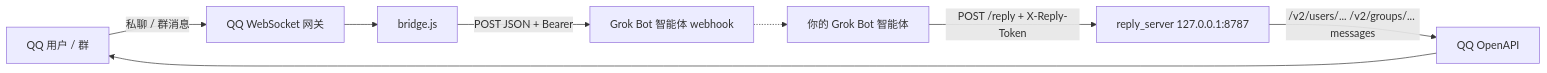
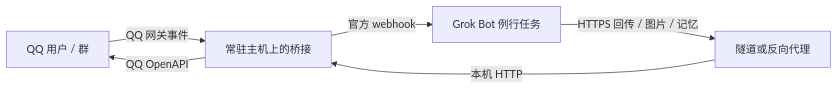
Before and after one commit to XiaoMa3413/qq-grokbot-bridge: the diagram in README.md, drawn with Mermaid. The commit also changed other lines of this file and 6 other files, not shown here.

````diff
--- a/README.md
+++ b/README.md
@@ -10,10 +28,8 @@
 ```mermaid
 flowchart LR
-  QQ[QQ 用户 / 群] -->|私聊 / 群消息| GW[QQ WebSocket 网关]
-  GW --> B[bridge.js]
-  B -->|POST JSON + Bearer| W[Grok Bot 智能体 webhook]
-  W -.-> A[你的 Grok Bot 智能体]
-  A -->|POST /reply + X-Reply-Token| R[reply_server 127.0.0.1:8787]
-  R -->|/v2/users/... /v2/groups/... messages| API[QQ OpenAPI]
-  API --> QQ
+    Q[QQ 用户 / 群] -->|QQ 网关事件| B[常驻主机上的桥接]
+    B -->|官方 webhook| G[Grok Bot 例行任务]
+    G -->|HTTPS 回传 / 图片 / 记忆| T[隧道或反向代理]
+    T -->|本机 HTTP| B
+    B -->|QQ OpenAPI| Q
 ```
````
